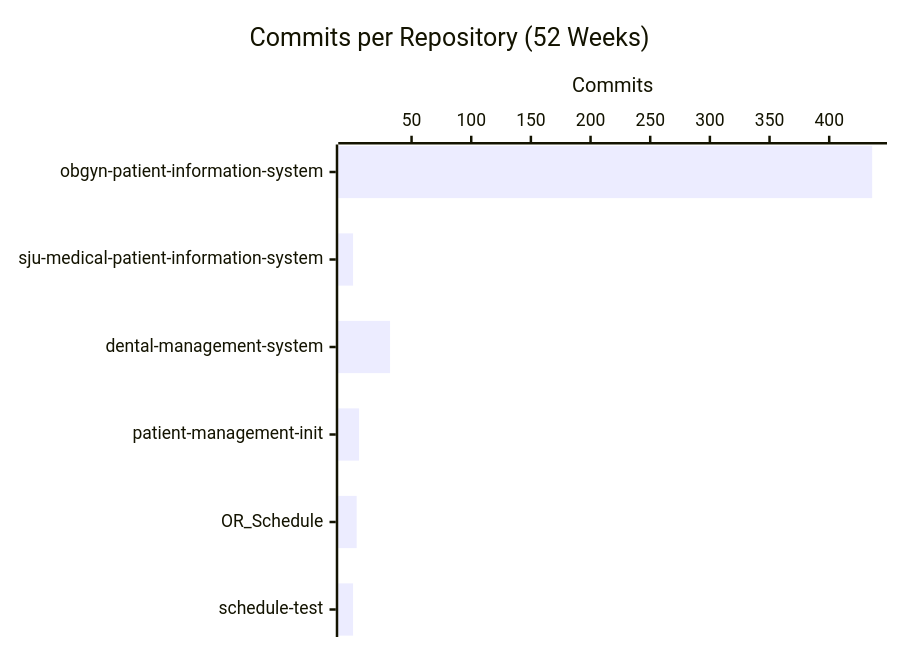
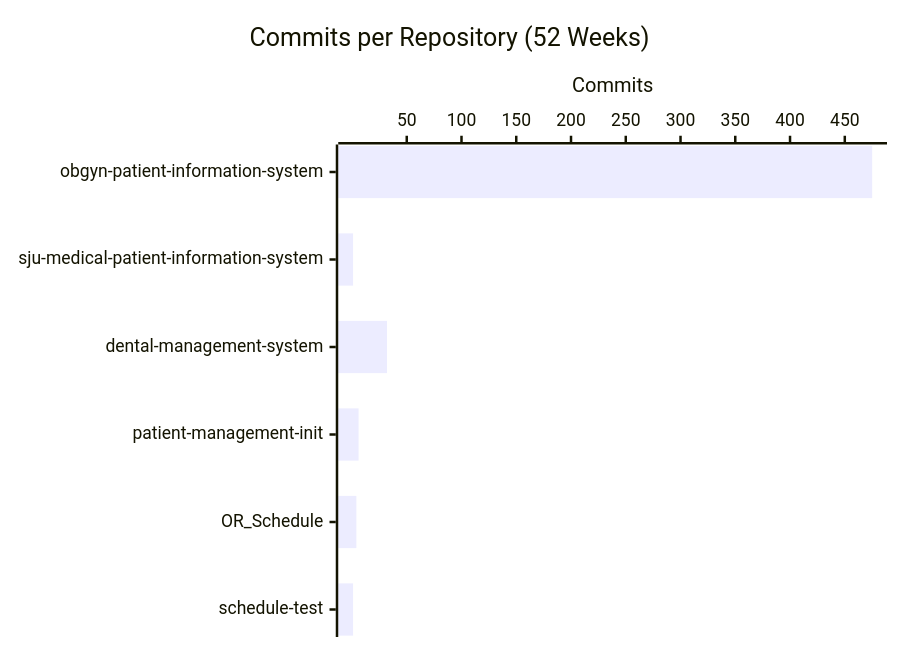
The second of 4 diagrams in profile/README.md (CSTH-Projects/.github), drawn with Mermaid before and after one commit. The commit also changed other lines of this file, not shown here.

````diff
--- a/profile/README.md
+++ b/profile/README.md
@@ -24,7 +24,7 @@
 ```mermaid
 xychart-beta horizontal
     title "Commits per Repository (52 Weeks)"
     x-axis ["obgyn-patient-information-system", "sju-medical-patient-information-system", "dental-management-system", "patient-management-init", "OR_Schedule", "schedule-test"]
     y-axis "Commits"
-    bar [436, 1, 32, 6, 4, 1]
+    bar [475, 1, 32, 6, 4, 1]
 ```
````
